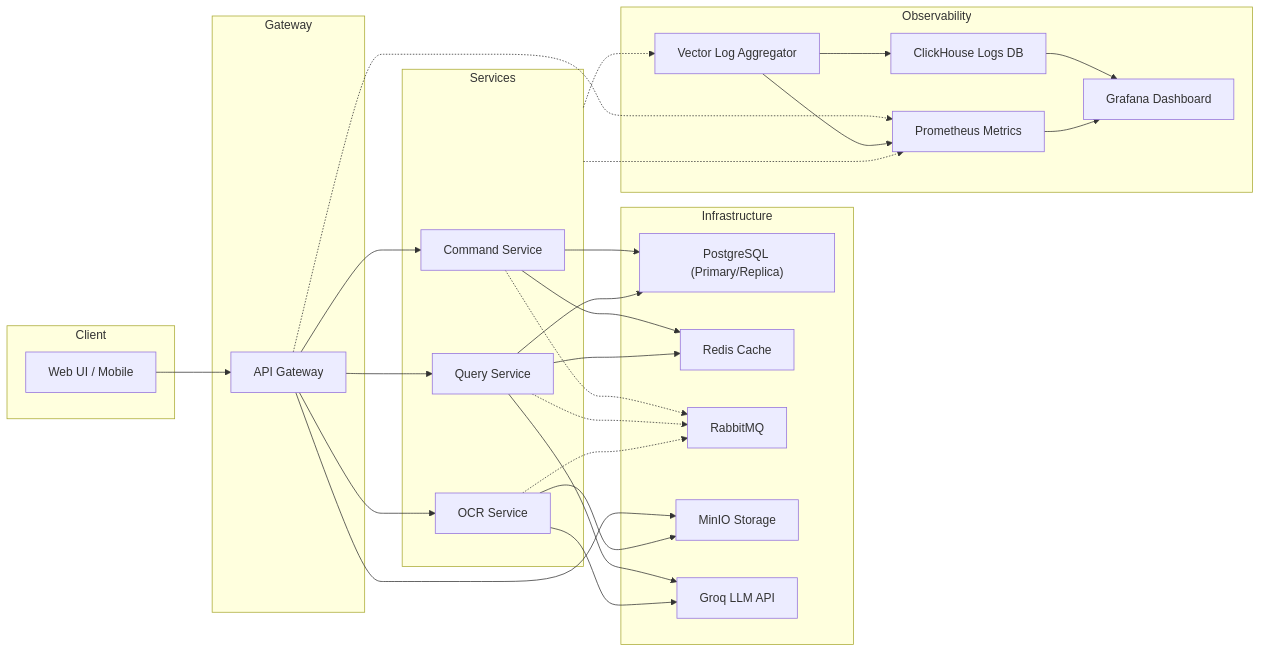
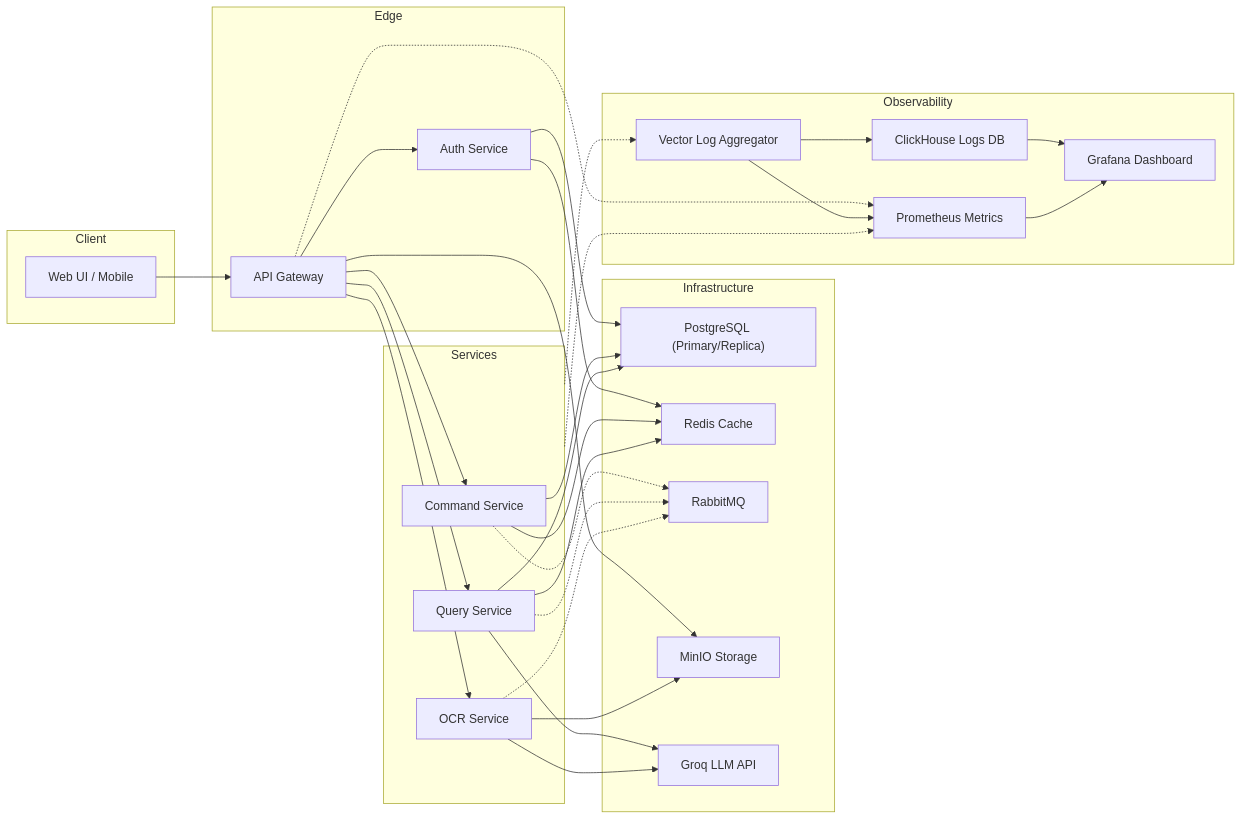
Before and after one commit to verginjose/Personal-Finance-Assistant: the diagram in README.md, drawn with Mermaid. The commit also changed other lines of this file and 14 other files, not shown here.

````diff
--- a/README.md
+++ b/README.md
@@ -24,49 +24,53 @@
 ```mermaid
 flowchart LR
     subgraph Client
         UI[Web UI / Mobile]
     end
-    subgraph Gateway
+    subgraph Edge
         GW[API Gateway]
+        Auth[Auth Service]
     end
     subgraph Services
         Command[Command Service]
         Query[Query Service]
         OCR[OCR Service]
     end
     subgraph Infrastructure
         PG["PostgreSQL (Primary/Replica)"]
         Redis[Redis Cache]
         RMQ[RabbitMQ]
         MinIO[MinIO Storage]
         Groq[Groq LLM API]
     end
     subgraph Observability
         Vector[Vector Log Aggregator]
         CH[ClickHouse Logs DB]
         Grafana[Grafana Dashboard]
         Prometheus[Prometheus Metrics]
     end
     UI --> GW
+    GW --> Auth
     GW --> Command
     GW --> Query
     GW --> OCR
     GW --> MinIO
+    Auth --> PG
     Command --> PG
     Query --> PG
+    Auth --> Redis
     Command --> Redis
     Query --> Redis
     Command -.-> RMQ
     Query -.-> RMQ
     OCR -.-> RMQ
     OCR --> MinIO
     Query --> Groq
     OCR --> Groq
     Services -.-> Vector
     Services -.-> Prometheus
     GW -.-> Prometheus
     Vector --> CH
     Vector --> Prometheus
     CH --> Grafana
     Prometheus --> Grafana
 ```
````
